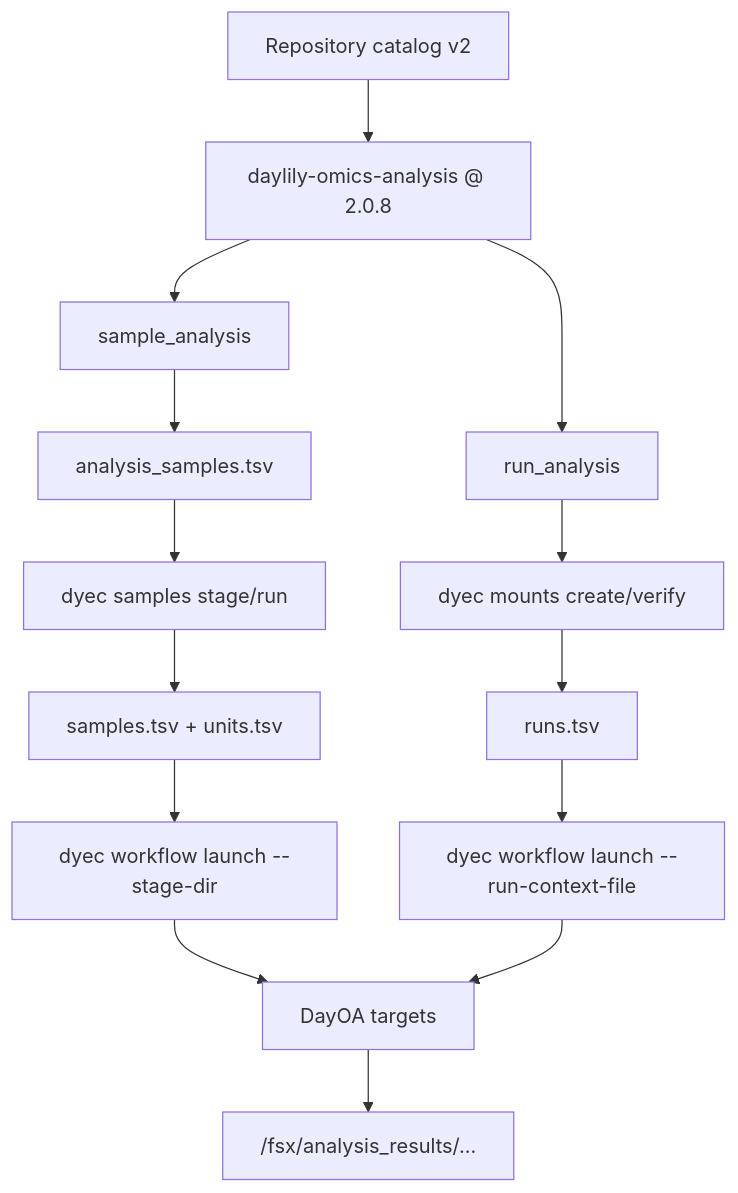
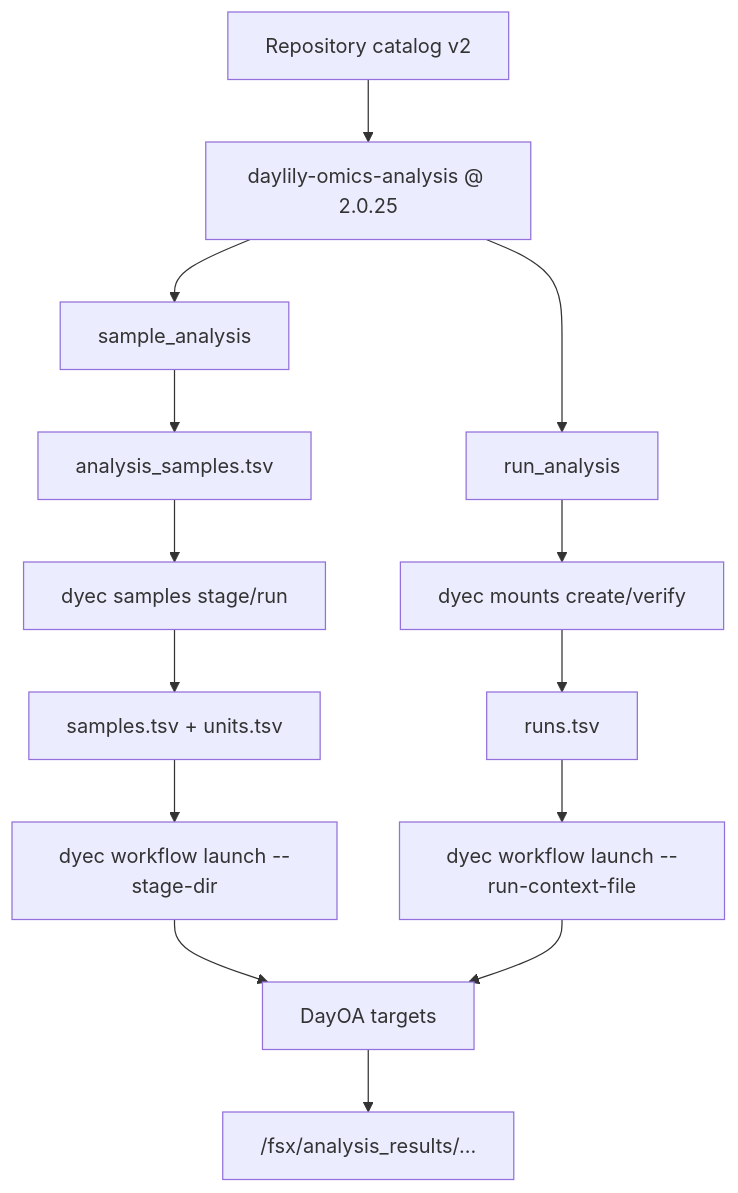
One commit to Daylily-Informatics/daylily-ephemeral-cluster changed the third of 3 diagrams in docs/dra_fsx_strategy.md. Above: the diagram before and after it, drawn with Mermaid. The commit also changed other lines of this file and 99 other files, not shown here.

````diff
--- a/docs/dra_fsx_strategy.md
+++ b/docs/dra_fsx_strategy.md
@@ -95,19 +95,19 @@
 ```mermaid
 flowchart TB
-  Catalog["Repository catalog v2"] --> Repo["daylily-omics-analysis @ 2.0.8"]
+  Catalog["Repository catalog v2"] --> Repo["daylily-omics-analysis @ 2.0.25"]
   Repo --> Sample["sample_analysis"]
   Repo --> Run["run_analysis"]
 
   Sample --> Manifest["analysis_samples.tsv"]
   Manifest --> Stage["dyec samples stage/run"]
   Stage --> TSV["samples.tsv + units.tsv"]
   TSV --> LaunchA["dyec workflow launch --stage-dir"]
 
   Run --> Mount["dyec mounts create/verify"]
   Mount --> Runs["runs.tsv"]
   Runs --> LaunchB["dyec workflow launch --run-context-file"]
 
   LaunchA --> DayOA["DayOA targets"]
   LaunchB --> DayOA
   DayOA --> Results["/fsx/analysis_results/..."]
 ```
````
